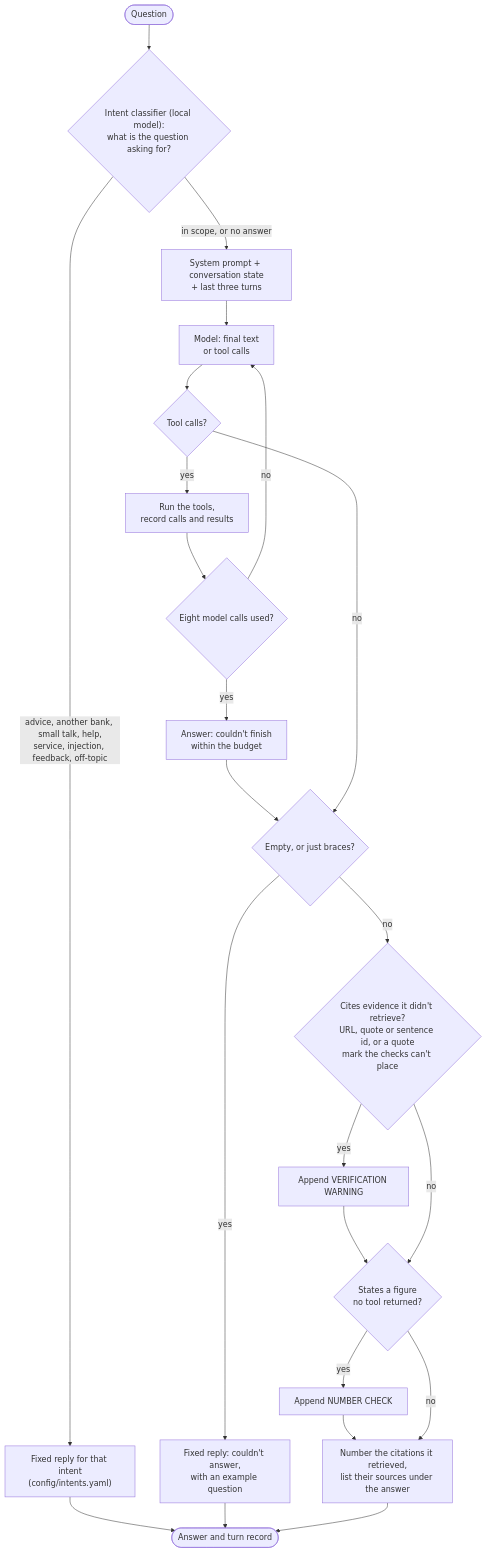
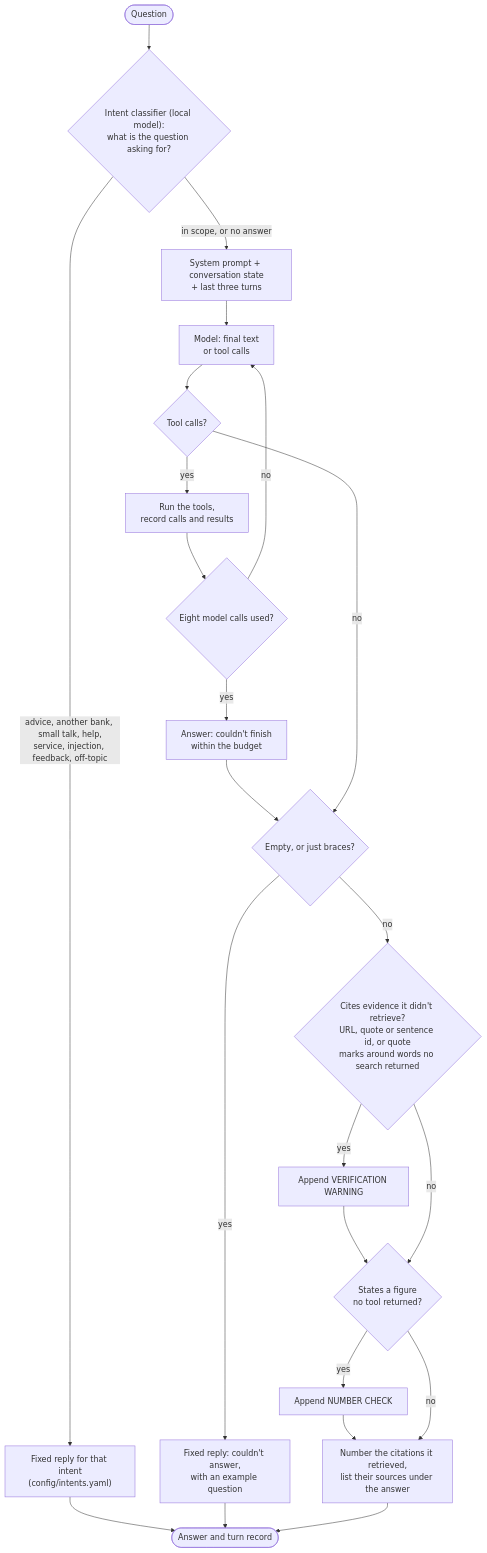
The diagram in docs/diagrams/src/07-chatbot-turn.mmd (Gavingyh/plp-project), drawn with Mermaid before and after one commit. The commit also changed 34 other files, not shown here.

```diff
--- a/docs/diagrams/src/07-chatbot-turn.mmd
+++ b/docs/diagrams/src/07-chatbot-turn.mmd
@@ -1,35 +1,35 @@
 flowchart TB
   accTitle: One chatbot turn
-  accDescr: A local model sorts the question first; every intent except in-scope gets a fixed reply without the chatbot model, and a question the classifier can't sort goes on to the model. Otherwise the model calls tools in a loop of at most eight calls; its answer then passes an empty-answer check, a citation check (a quote mark the checks can't place counts as unretrieved evidence) and a figure check, and the citations it retrieved are numbered with their sources listed, before it is shown.
+  accDescr: A local model sorts the question first; every intent except in-scope gets a fixed reply without the chatbot model, and a question the classifier can't sort goes on to the model. Otherwise the model calls tools in a loop of at most eight calls; its answer then passes an empty-answer check, a citation check (quote marks around words no search returned count as unretrieved evidence) and a figure check, and the citations it retrieved are numbered with their sources listed, before it is shown.
 
   q(["Question"])
   cls{"Intent classifier (local model):<br/>what is the question asking for?"}
   fixR["Fixed reply for that intent<br/>(config/intents.yaml)"]
   ctx["System prompt + conversation state<br/>+ last three turns"]
   llm["Model: final text<br/>or tool calls"]
   tc{"Tool calls?"}
   tools["Run the tools,<br/>record calls and results"]
   cap{"Eight model calls used?"}
   budget["Answer: couldn't finish<br/>within the budget"]
   emp{"Empty, or just braces?"}
   empR["Fixed reply: couldn't answer,<br/>with an example question"]
-  cite{"Cites evidence it didn't retrieve?<br/>URL, quote or sentence id, or a quote<br/>mark the checks can't place"}
+  cite{"Cites evidence it didn't retrieve?<br/>URL, quote or sentence id, or quote<br/>marks around words no search returned"}
   w1["Append VERIFICATION WARNING"]
   num{"States a figure<br/>no tool returned?"}
   w2["Append NUMBER CHECK"]
   refs["Number the citations it retrieved,<br/>list their sources under the answer"]
   out(["Answer and turn record"])
 
   q --> cls
   cls -- "advice, another bank, small talk, help,<br/>service, injection, feedback, off-topic" --> fixR --> out
   cls -- "in scope, or no answer" --> ctx --> llm --> tc
   tc -- yes --> tools --> cap
   cap -- no --> llm
   cap -- yes --> budget --> emp
   tc -- no --> emp
   emp -- yes --> empR --> out
   emp -- no --> cite
   cite -- yes --> w1 --> num
   cite -- no --> num
   num -- yes --> w2 --> refs
   num -- no --> refs --> out
```
